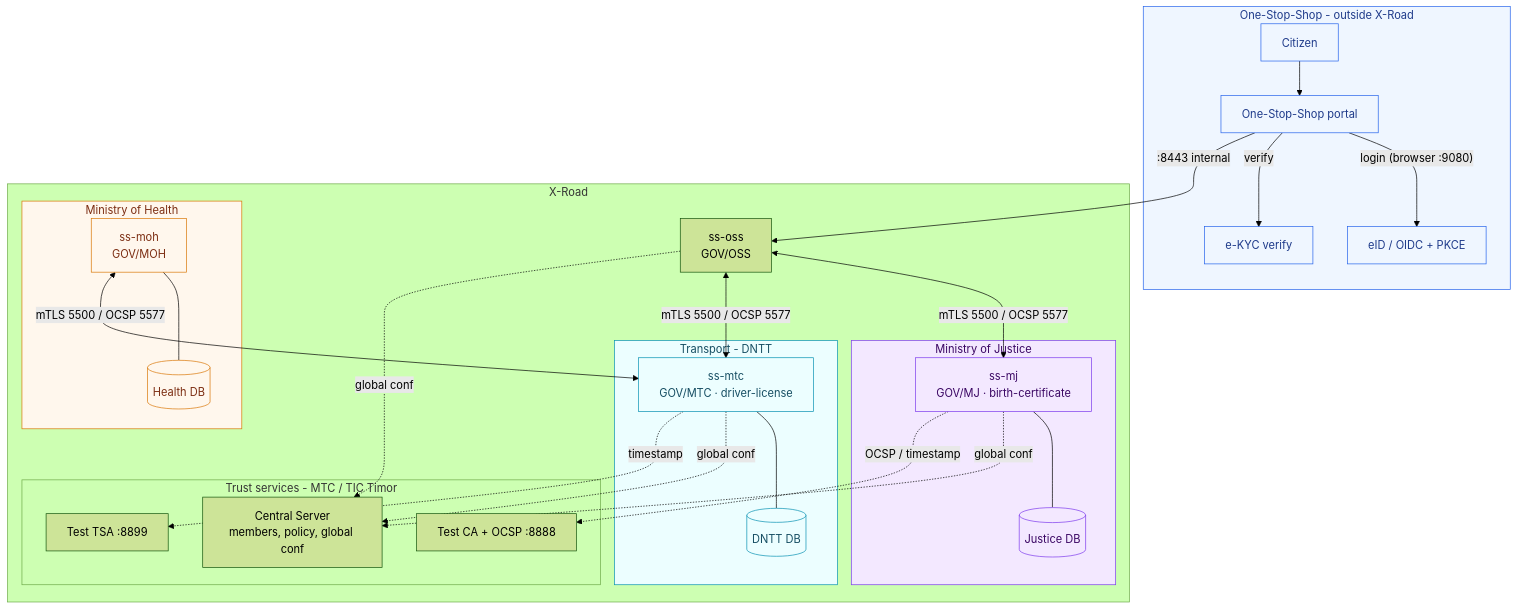
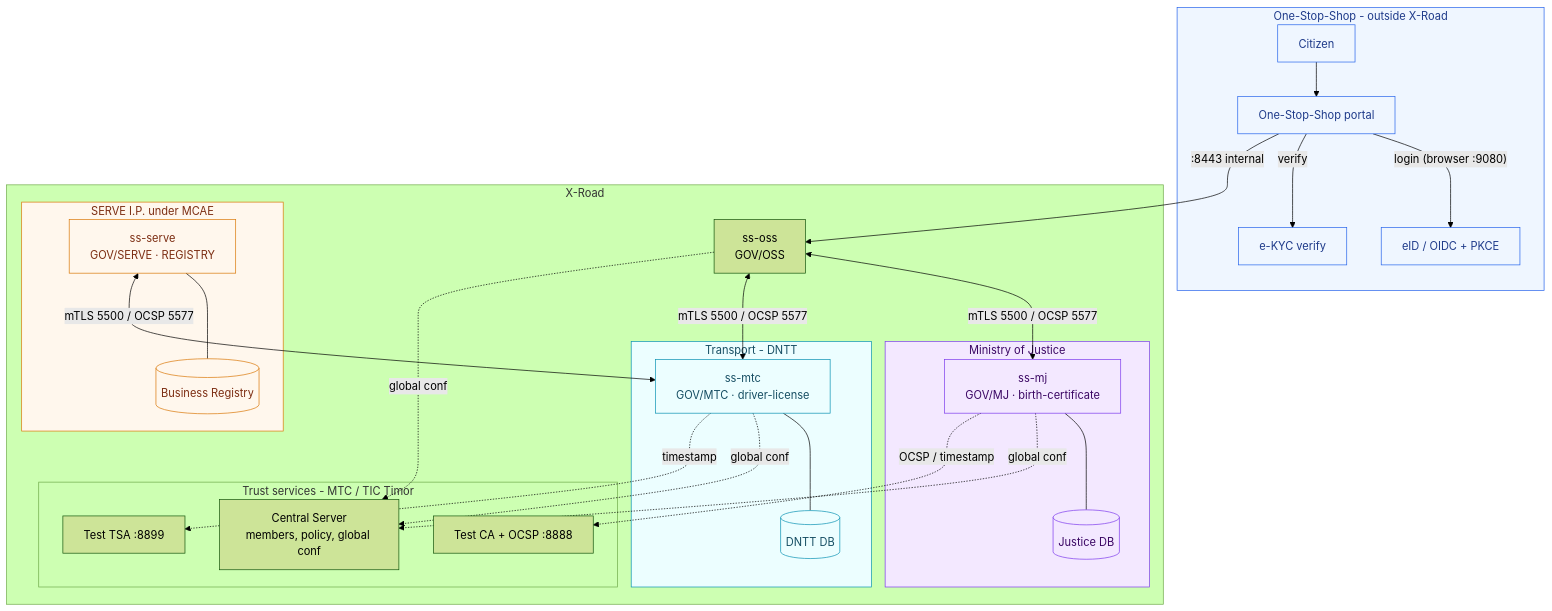
The first of 5 diagrams in sandboxes/timor-leste/docs/diagram.md (paulo-amaral/xroad-simulator), drawn with Mermaid (forest theme) before and after one commit. The commit also changed 20 other files, not shown here.

Commit message:
refactor: replace MOH with SERVE I.P. subsystem and integrate eKYB business verification service

````diff
--- a/sandboxes/timor-leste/docs/diagram.md
+++ b/sandboxes/timor-leste/docs/diagram.md
@@ -8,50 +8,50 @@
 ```mermaid
 graph TB
   subgraph BU[One-Stop-Shop - outside X-Road]
     CIT[Citizen]
     EID[eID / OIDC + PKCE]
     EKYC[e-KYC verify]
     POR[One-Stop-Shop portal]
   end
 
   subgraph XR[X-Road]
     subgraph Trust[Trust services - MTC / TIC Timor]
       CS[Central Server<br/>members, policy, global conf]
       CA[Test CA + OCSP :8888]
       TSA[Test TSA :8899]
     end
     SSO[ss-oss<br/>GOV/OSS]
     subgraph MJ[Ministry of Justice]
       SSJ[ss-mj<br/>GOV/MJ · birth-certificate] --- DBJ[(Justice DB)]
     end
-    subgraph MOH[Ministry of Health]
-      SSH[ss-moh<br/>GOV/MOH] --- DBH[(Health DB)]
+    subgraph SERVE[SERVE I.P. under MCAE]
+      SSH[ss-serve<br/>GOV/SERVE · REGISTRY] --- DBH[(Business Registry)]
     end
     subgraph MTC[Transport - DNTT]
       SSD[ss-mtc<br/>GOV/MTC · driver-license] --- DBD[(DNTT DB)]
     end
   end
 
   CIT --> POR
   POR -->|"login (browser :9080)"| EID
   POR -->|"verify"| EKYC
   POR -->|":8443 internal"| SSO
 
   SSO <-->|"mTLS 5500 / OCSP 5577"| SSJ
   SSO <-->|"mTLS 5500 / OCSP 5577"| SSD
   SSH <-->|"mTLS 5500 / OCSP 5577"| SSD
   SSO -.->|"global conf"| CS
   SSJ -.->|"global conf"| CS
   SSD -.->|"global conf"| CS
   SSJ -.->|"OCSP / timestamp"| CA
   SSD -.->|"timestamp"| TSA
 
   classDef justica fill:#f3e8ff,stroke:#7c3aed,color:#3b0764;
   classDef saude fill:#fff7ed,stroke:#d97706,color:#7c2d12;
   classDef dntt fill:#ecfeff,stroke:#0891b2,color:#164e63;
   classDef bu fill:#eff6ff,stroke:#2563eb,color:#1e3a8a;
   class MJ,SSJ,DBJ justica;
-  class MOH,SSH,DBH saude;
+  class SERVE,SSH,DBH saude;
   class MTC,SSD,DBD dntt;
   class BU,CIT,EID,EKYC,POR bu;
 ```
````
